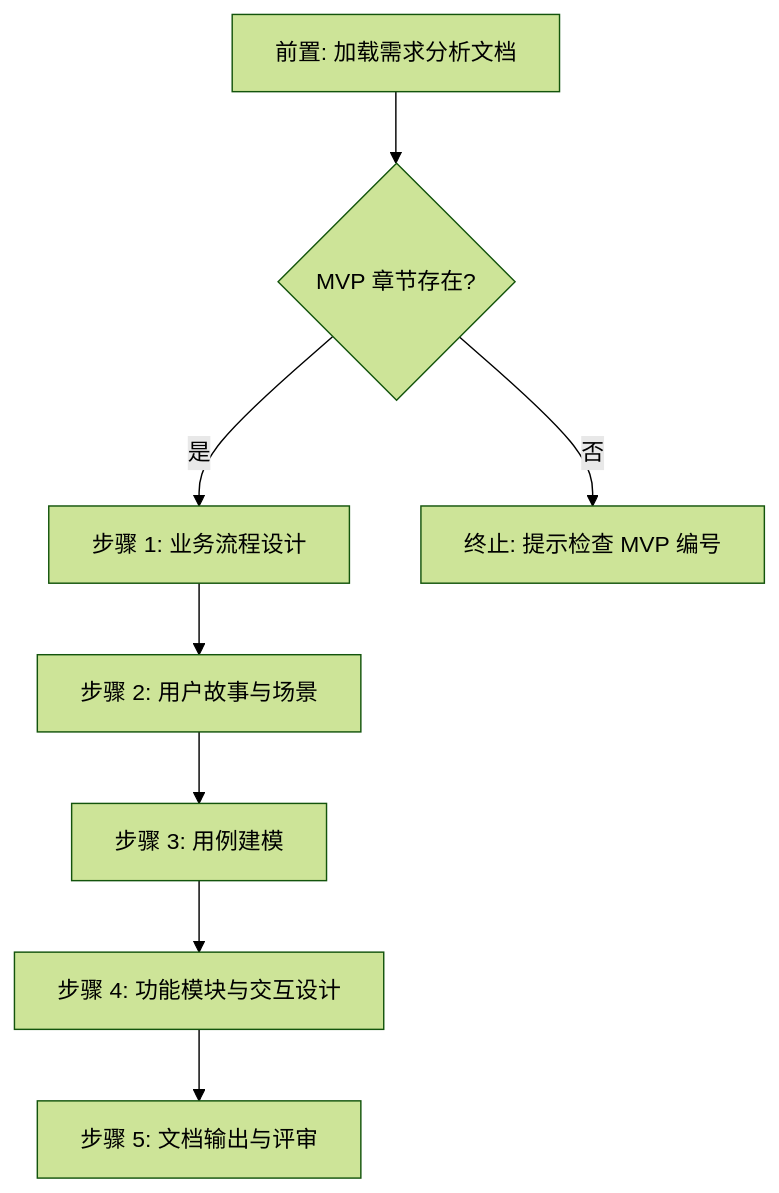
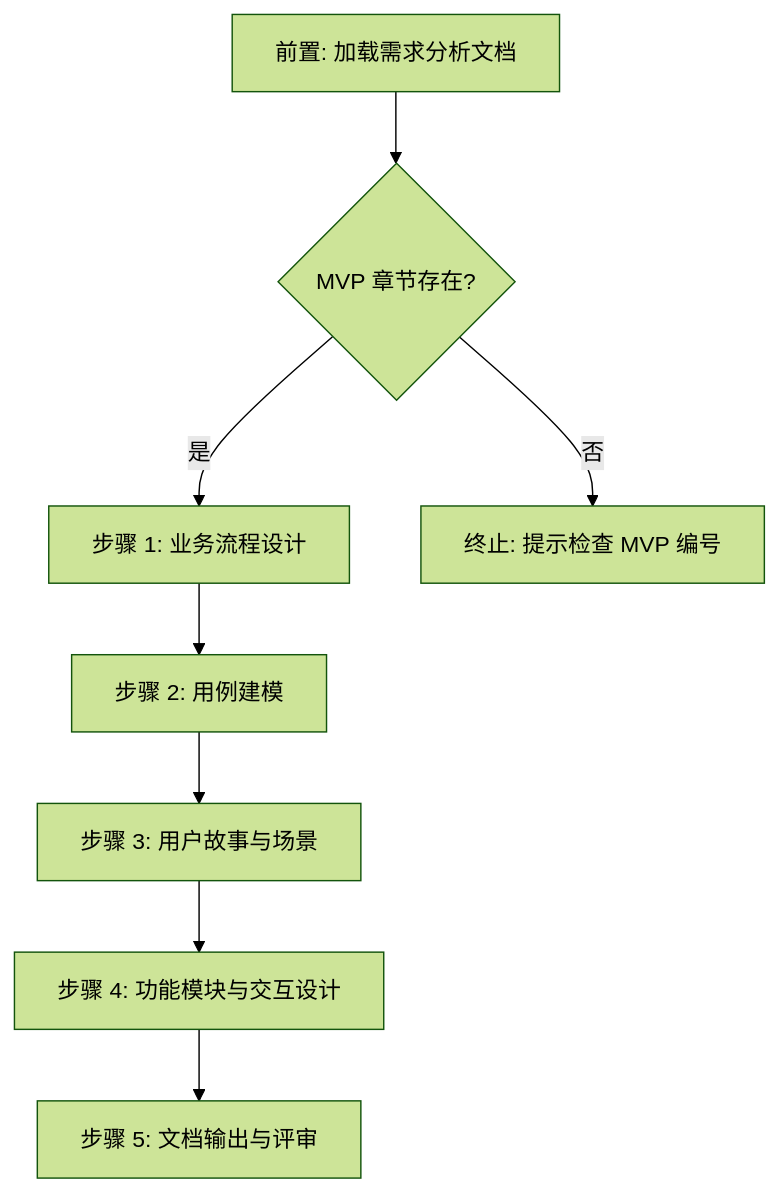
One commit to oleewen/ai-knowledge changed the diagram in .ai/skills/sdx-prd/reference/workflow-spec.md. Above: the diagram before and after it, drawn with Mermaid (forest theme). The commit also changed other lines of this file and 6 other files, not shown here.

````diff
--- a/.ai/skills/sdx-prd/reference/workflow-spec.md
+++ b/.ai/skills/sdx-prd/reference/workflow-spec.md
@@ -9,11 +9,11 @@
 ```mermaid
 graph TD
-    S1[步骤 1: 业务流程设计] --> S2[步骤 2: 用户故事与场景]
-    S2 --> S3[步骤 3: 用例建模]
+    S1[步骤 1: 业务流程设计] --> S2[步骤 2: 用例建模]
+    S2 --> S3[步骤 3: 用户故事与场景]
     S3 --> S4[步骤 4: 功能模块与交互设计]
     S4 --> S5[步骤 5: 文档输出与评审]
 
     PRE[前置: 加载需求分析文档] --> CHK{MVP 章节存在?}
     CHK -->|是| S1
     CHK -->|否| STOP[终止: 提示检查 MVP 编号]
 ```
````
